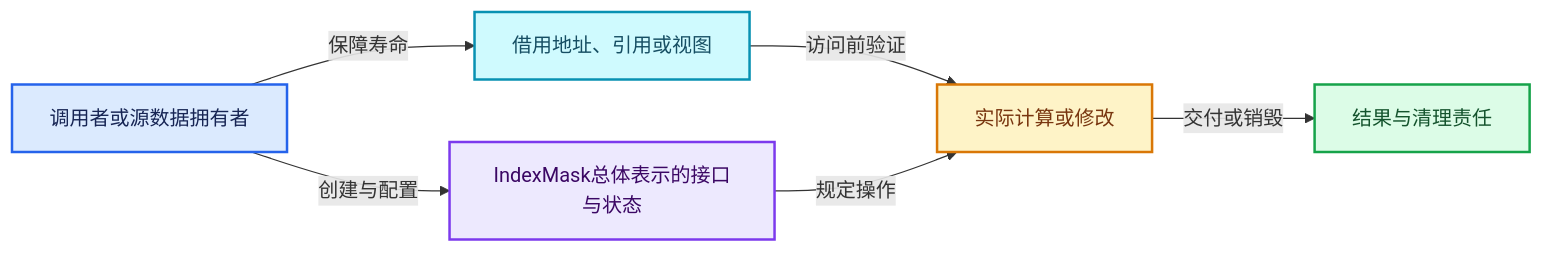
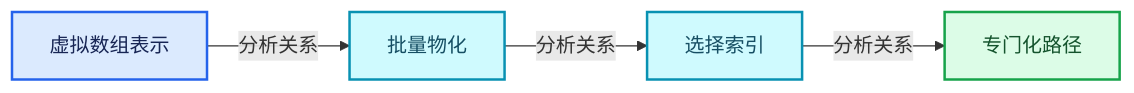
One commit to yunkezengren/blender-.vscode changed the third of 4 diagrams in 杂/markdown/全面学习-codex/04-虚拟数组与索引选择/08-IndexMask总体表示.md. Above: the diagram before and after it, drawn with Mermaid. The commit also changed other lines of this file and 1930 other files, not shown here.

````diff
--- a/杂/markdown/全面学习-codex/04-虚拟数组与索引选择/08-IndexMask总体表示.md
+++ b/杂/markdown/全面学习-codex/04-虚拟数组与索引选择/08-IndexMask总体表示.md
@@ -1003,19 +57,16 @@
 ```mermaid
 flowchart LR
-  O["调用者或源数据拥有者"]:::input
-  V["IndexMask总体表示的接口与状态"]:::abstraction
-  B["借用地址、引用或视图"]:::data
-  W["实际计算或修改"]:::compute
-  R["结果与清理责任"]:::result
-  O -->|"创建与配置"| V
-  O -->|"保障寿命"| B
-  B -->|"访问前验证"| W
-  V -->|"规定操作"| W
-  W -->|"交付或销毁"| R
+  P0["虚拟数组表示"]:::input
+  P1["批量物化"]:::data
+  P2["选择索引"]:::data
+  P3["专门化路径"]:::result
+  P0 -->|"分析关系"| P1
+  P1 -->|"分析关系"| P2
+  P2 -->|"分析关系"| P3
   classDef input fill:#DBEAFE,stroke:#2563EB,color:#172554,stroke-width:2px;
   classDef data fill:#CFFAFE,stroke:#0891B2,color:#164E63,stroke-width:2px;
   classDef abstraction fill:#EDE9FE,stroke:#7C3AED,color:#3B0764,stroke-width:2px;
   classDef compute fill:#FEF3C7,stroke:#D97706,color:#78350F,stroke-width:2px;
   classDef result fill:#DCFCE7,stroke:#16A34A,color:#14532D,stroke-width:2px;
   classDef error fill:#FEE2E2,stroke:#DC2626,color:#7F1D1D,stroke-width:2px;
 ```
````
